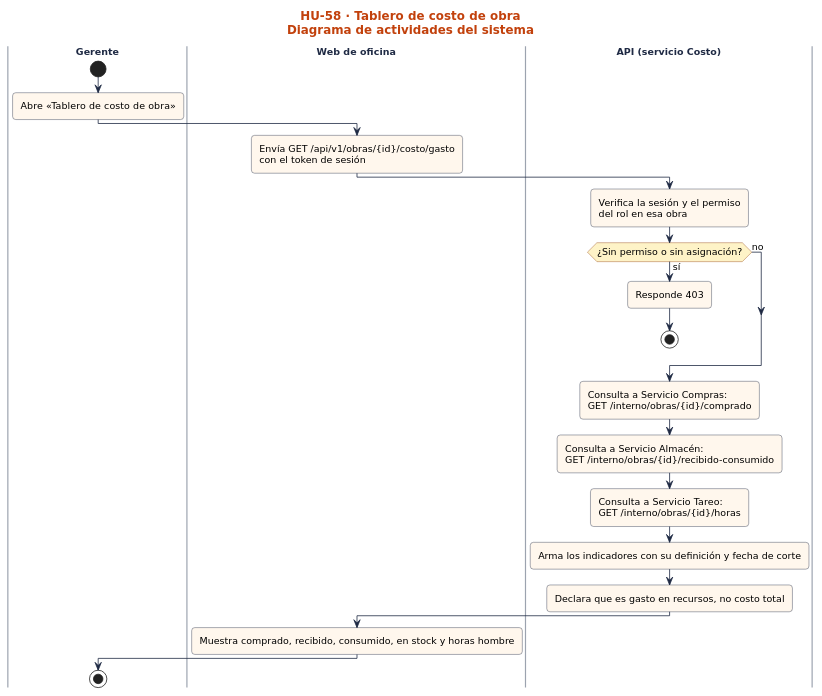
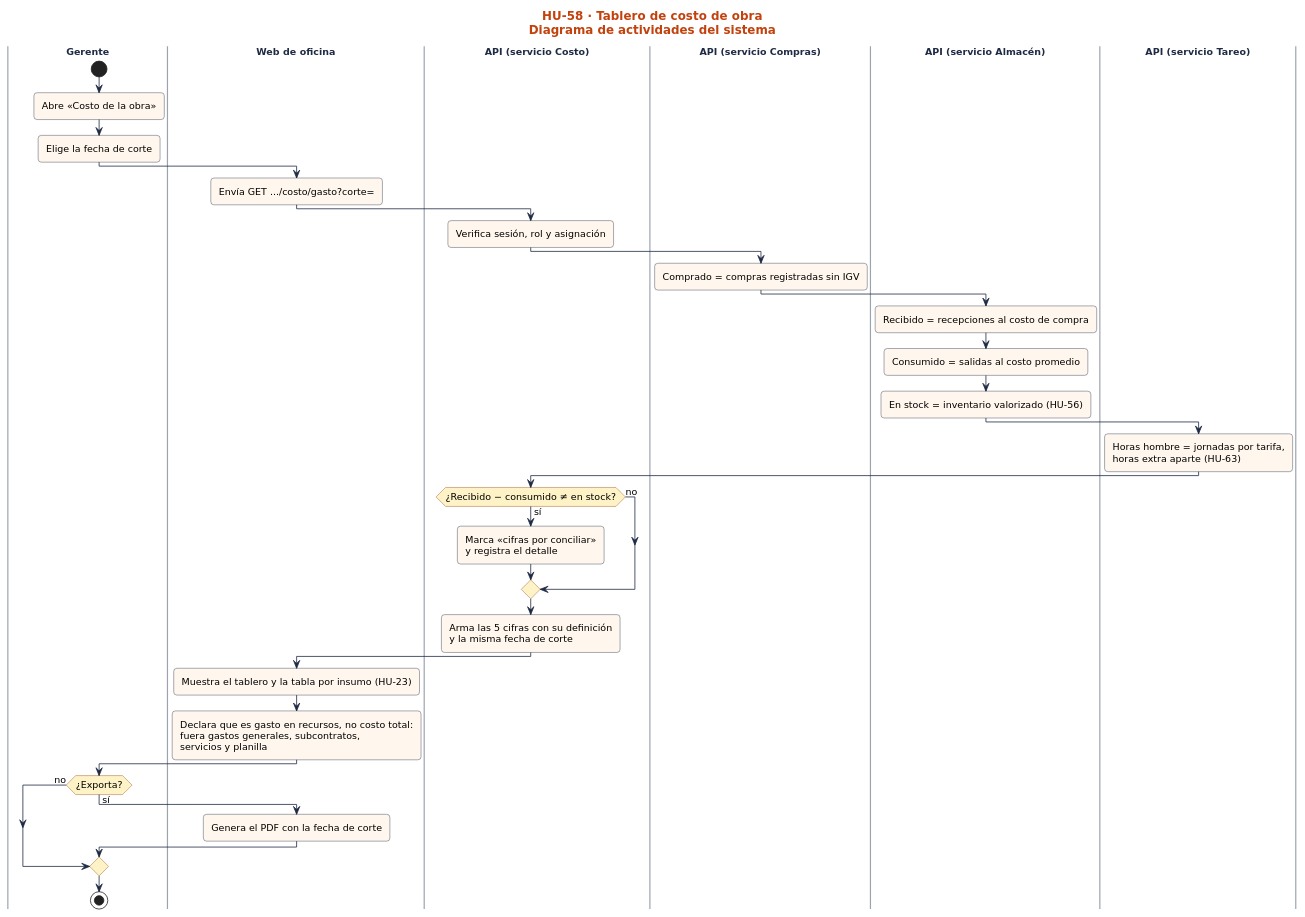
The diagram in docs/sprint-2/diagramas-hu/hu-58-tablero-de-costo-de-obra/actividades.puml (nandoestebanif/sevens-sigro), drawn with PlantUML before and after one commit. The commit also changed 56 other files, not shown here.

First line of the commit message:
docs(sprint-2): diagramas a medida de 12 HU, estados E06/E07/E12 y guía de Adiel

```diff
--- a/docs/sprint-2/diagramas-hu/hu-58-tablero-de-costo-de-obra/actividades.puml
+++ b/docs/sprint-2/diagramas-hu/hu-58-tablero-de-costo-de-obra/actividades.puml
@@ -1,56 +1,69 @@
 @startuml
 skinparam defaultFontName "DejaVu Sans"
 skinparam defaultFontSize 12
 skinparam shadowing false
 skinparam roundCorner 8
 skinparam ArrowColor #1F2A44
 skinparam ActivityBorderColor #1F2A44
 skinparam ActivityBackgroundColor #FFF7ED
 skinparam ActivityDiamondBackgroundColor #FEF3C7
 skinparam ActivityDiamondBorderColor #92400E
 skinparam SwimlaneTitleFontStyle bold
 skinparam SwimlaneTitleFontColor #1F2A44
 skinparam SwimlaneBorderColor #9CA3AF
 skinparam PartitionBorderColor #9CA3AF
 skinparam ParticipantBorderColor #1F2A44
 skinparam ParticipantBackgroundColor #FFF7ED
 skinparam ActorBorderColor #1F2A44
 skinparam ActorBackgroundColor #FFF7ED
 skinparam DatabaseBorderColor #1F2A44
 skinparam DatabaseBackgroundColor #E0E7FF
 skinparam SequenceLifeLineBorderColor #9CA3AF
 skinparam SequenceGroupBorderColor #C2410C
 skinparam SequenceGroupHeaderFontColor #C2410C
 skinparam StateBorderColor #1F2A44
 skinparam StateBackgroundColor #FFF7ED
 skinparam StateStartColor #1F2A44
 skinparam StateEndColor #1F2A44
 skinparam NoteBackgroundColor #F3F4F6
 skinparam NoteBorderColor #9CA3AF
 skinparam TitleFontSize 15
 skinparam TitleFontColor #C2410C
 skinparam ClassBorderColor #1F2A44
 skinparam ClassBackgroundColor #FFF7ED
+
 title HU-58 · Tablero de costo de obra\nDiagrama de actividades del sistema
 |Gerente|
 start
-:Abre «Tablero de costo de obra»;
+:Abre «Costo de la obra»;
+:Elige la fecha de corte;
 |Web de oficina|
-:Envía GET /api/v1/obras/{id}/costo/gasto\ncon el token de sesión;
+:Envía GET .../costo/gasto?corte=;
 |API (servicio Costo)|
-:Verifica la sesión y el permiso\ndel rol en esa obra;
-if (¿Sin permiso o sin asignación?) then (sí)
-:Responde 403;
-stop
+:Verifica sesión, rol y asignación;
+|API (servicio Compras)|
+:Comprado = compras registradas sin IGV;
+|API (servicio Almacén)|
+:Recibido = recepciones al costo de compra;
+:Consumido = salidas al costo promedio;
+:En stock = inventario valorizado (HU-56);
+|API (servicio Tareo)|
+:Horas hombre = jornadas por tarifa,\nhoras extra aparte (HU-63);
+|API (servicio Costo)|
+if (¿Recibido − consumido ≠ en stock?) then (sí)
+  :Marca «cifras por conciliar»\ny registra el detalle;
 else (no)
 endif
-:Consulta a Servicio Compras:\nGET /interno/obras/{id}/comprado;
-:Consulta a Servicio Almacén:\nGET /interno/obras/{id}/recibido-consumido;
-:Consulta a Servicio Tareo:\nGET /interno/obras/{id}/horas;
-:Arma los indicadores con su definición y fecha de corte;
-:Declara que es gasto en recursos, no costo total;
+:Arma las 5 cifras con su definición\ny la misma fecha de corte;
 |Web de oficina|
-:Muestra comprado, recibido, consumido, en stock y horas hombre;
+:Muestra el tablero y la tabla por insumo (HU-23);
+:Declara que es gasto en recursos, no costo total:\nfuera gastos generales, subcontratos,\nservicios y planilla;
+|Gerente|
+if (¿Exporta?) then (sí)
+  |Web de oficina|
+  :Genera el PDF con la fecha de corte;
+else (no)
+endif
 |Gerente|
 stop
 @enduml
```
